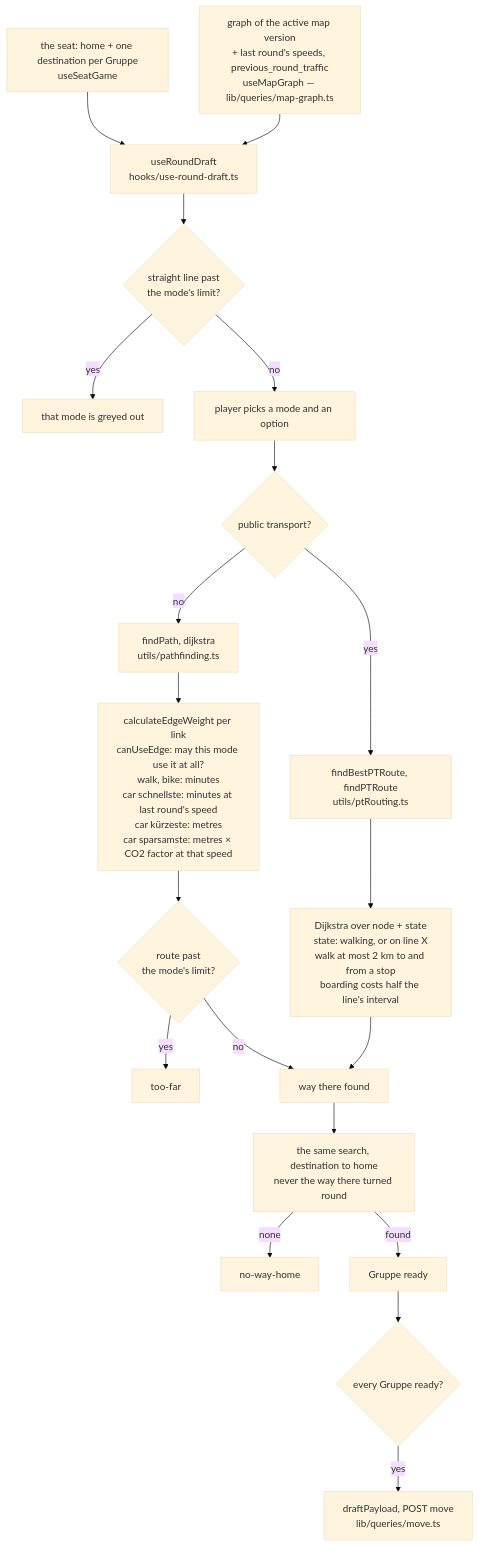
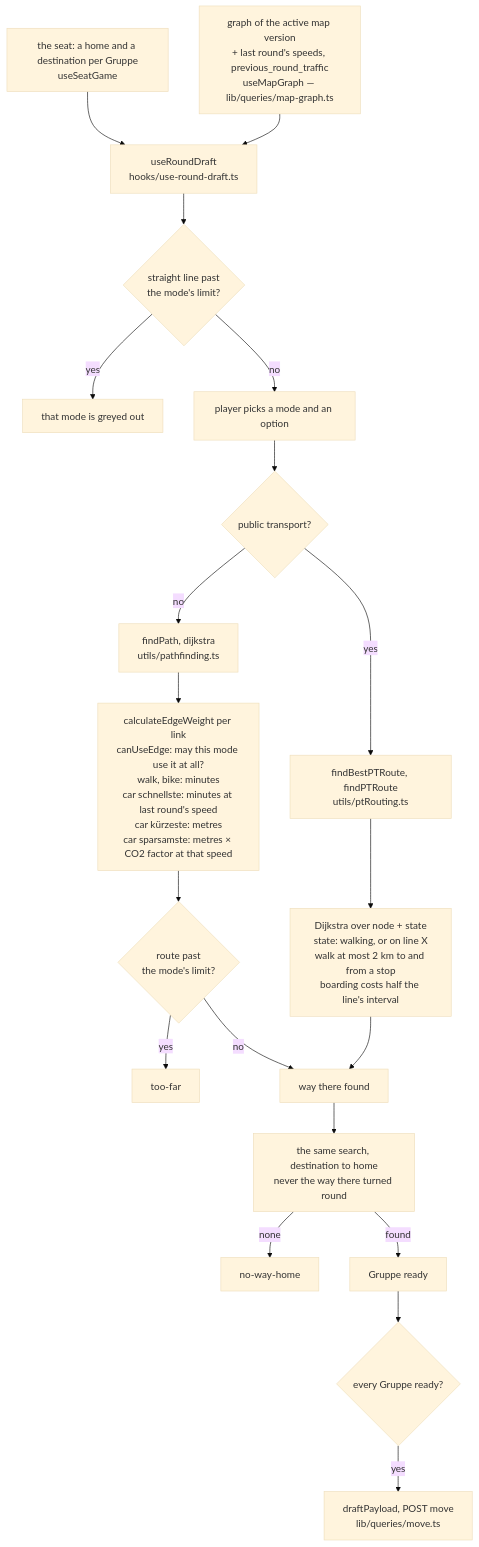
One commit to luke-hirsch/co2mmute changed the sixth of 12 diagrams in docs/en-flowcharts.md. Above: the diagram before and after it, drawn with Mermaid (base theme). The commit also changed other lines of this file and 35 other files, not shown here.

````diff
--- a/docs/en-flowcharts.md
+++ b/docs/en-flowcharts.md
@@ -209,25 +209,25 @@
 ```mermaid
 flowchart TD
-    seat["the seat: home + one destination per Gruppe<br>useSeatGame"] --> draft
+    seat["the seat: a home and a destination per Gruppe<br>useSeatGame"] --> draft
     mapgraph["graph of the active map version<br>+ last round's speeds, previous_round_traffic<br>useMapGraph — lib/queries/map-graph.ts"] --> draft
     draft["useRoundDraft<br>hooks/use-round-draft.ts"] --> air{"straight line past<br>the mode's limit?"}
     air -->|"yes"| greyed["that mode is greyed out"]
     air -->|"no"| pick["player picks a mode and an option"]
     pick --> isPt{"public transport?"}
 
     isPt -->|"no"| dijkstra["findPath, dijkstra<br>utils/pathfinding.ts"]
     dijkstra --> weight["calculateEdgeWeight per link<br>canUseEdge: may this mode use it at all?<br>walk, bike: minutes<br>car schnellste: minutes at last round's speed<br>car kürzeste: metres<br>car sparsamste: metres × CO2 factor at that speed"]
     weight --> limit{"route past<br>the mode's limit?"}
     limit -->|"yes"| tooFar["too-far"]
     limit -->|"no"| there
 
     isPt -->|"yes"| ptr["findBestPTRoute, findPTRoute<br>utils/ptRouting.ts"]
     ptr --> product["Dijkstra over node + state<br>state: walking, or on line X<br>walk at most 2 km to and from a stop<br>boarding costs half the line's interval"]
     product --> there
 
     there["way there found"] --> back["the same search, destination to home<br>never the way there turned round"]
     back -->|"none"| noHome["no-way-home"]
     back -->|"found"| ready["Gruppe ready"]
     ready --> everyone{"every Gruppe ready?"}
     everyone -->|"yes"| submit["draftPayload, POST move<br>lib/queries/move.ts"]
 ```
````
